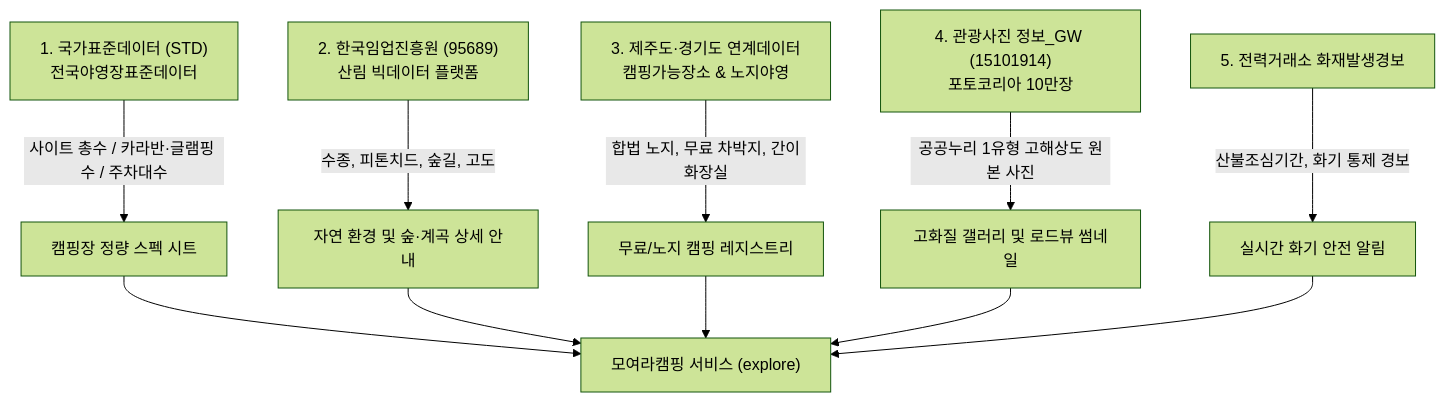
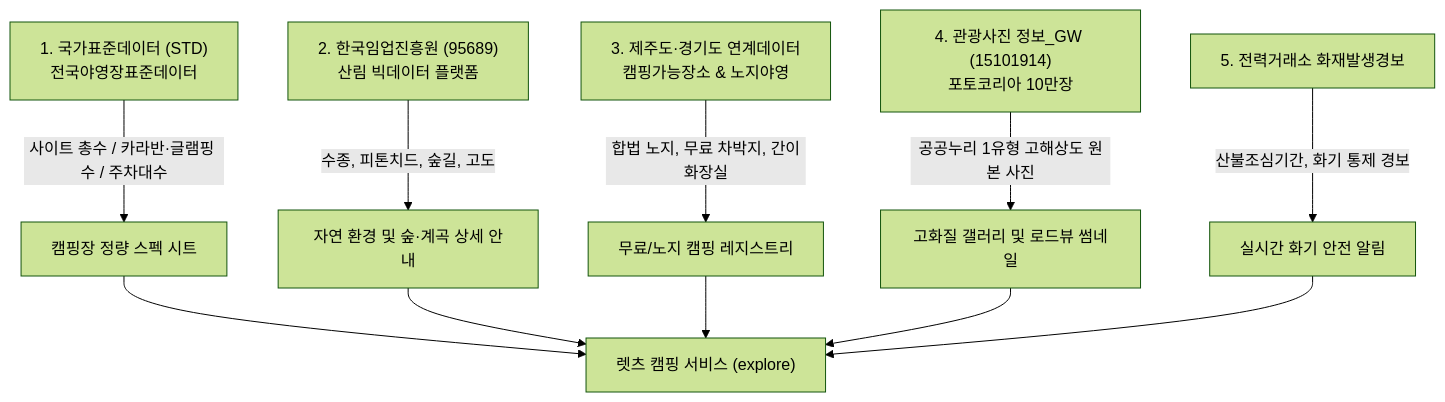
Before and after one commit to pyw31337/camp: the diagram in docs/PUBLIC_DATA_INTEGRATION_PLAN.md, drawn with Mermaid (forest theme). The commit also changed 309 other files, not shown here.

````diff
--- a/docs/PUBLIC_DATA_INTEGRATION_PLAN.md
+++ b/docs/PUBLIC_DATA_INTEGRATION_PLAN.md
@@ -23,14 +23,14 @@
 ```mermaid
 flowchart TD
     STD["1. 국가표준데이터 (STD)<br/>전국야영장표준데이터"] -->|"사이트 총수 / 카라반·글램핑 수 / 주차대수"| SPEC["캠핑장 정량 스펙 시트"]
     LINKED_FOREST["2. 한국임업진흥원 (95689)<br/>산림 빅데이터 플랫폼"] -->|"수종, 피톤치드, 숲길, 고도"| NATURE["자연 환경 및 숲·계곡 상세 안내"]
     LINKED_JEJU["3. 제주도·경기도 연계데이터<br/>캠핑가능장소 & 노지야영"] -->|"합법 노지, 무료 차박지, 간이화장실"| FREE["무료/노지 캠핑 레지스트리"]
     API_PHOTO["4. 관광사진 정보_GW (15101914)<br/>포토코리아 10만장"] -->|"공공누리 1유형 고해상도 원본 사진"| MEDIA["고화질 갤러리 및 로드뷰 썸네일"]
     API_FIRE["5. 전력거래소 화재발생경보"] -->|"산불조심기간, 화기 통제 경보"| ALERT["실시간 화기 안전 알림"]
     
-    SPEC --> EX["모여라캠핑 서비스 (explore)"]
+    SPEC --> EX["렛츠 캠핑 서비스 (explore)"]
     NATURE --> EX
     FREE --> EX
     MEDIA --> EX
     ALERT --> EX
 ```
````
